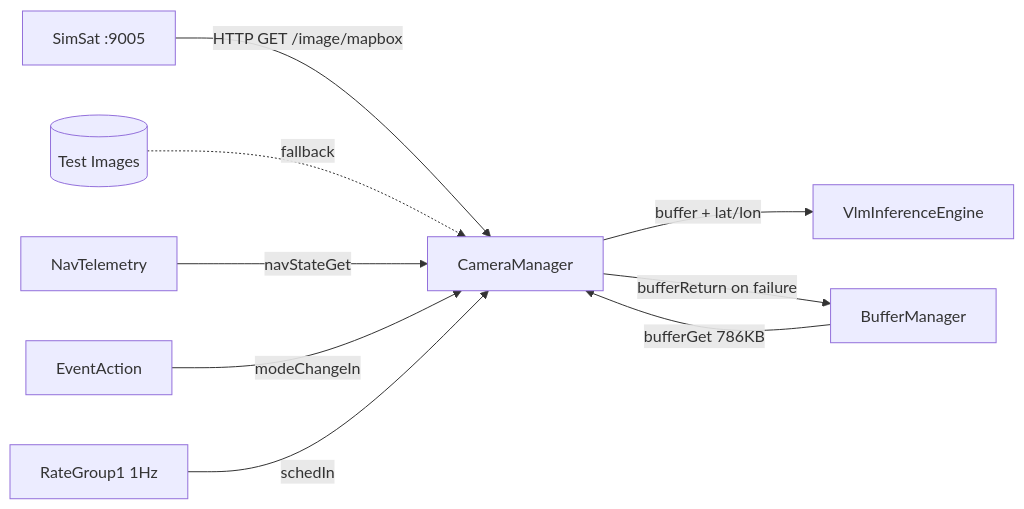
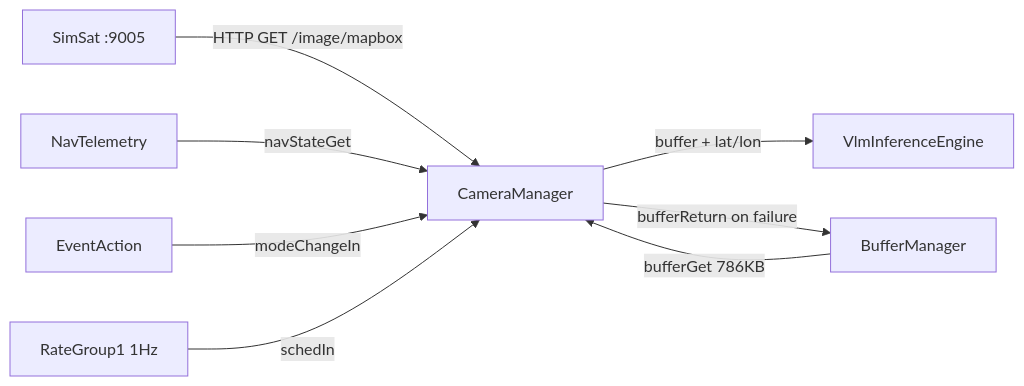
Before and after one commit to Saransh-cpp/ORION: the diagram in flight_segment/orion/Orion/Components/CameraManager/docs/sdd.md, drawn with Mermaid. The commit also changed other lines of this file and 8 other files, not shown here.

````diff
--- a/flight_segment/orion/Orion/Components/CameraManager/docs/sdd.md
+++ b/flight_segment/orion/Orion/Components/CameraManager/docs/sdd.md
@@ -27,11 +27,10 @@
 ```mermaid
 flowchart LR
     SS[SimSat :9005] -->|HTTP GET /image/mapbox| CM[CameraManager]
-    TI[(Test Images)] -.->|fallback| CM
     NT[NavTelemetry] -->|navStateGet| CM
     CM -->|buffer + lat/lon| VLM[VlmInferenceEngine]
     BM[BufferManager] -->|bufferGet 786KB| CM
     CM -->|bufferReturn on failure| BM
     EA[EventAction] -->|modeChangeIn| CM
     RG[RateGroup1 1Hz] -->|schedIn| CM
 ```
````
